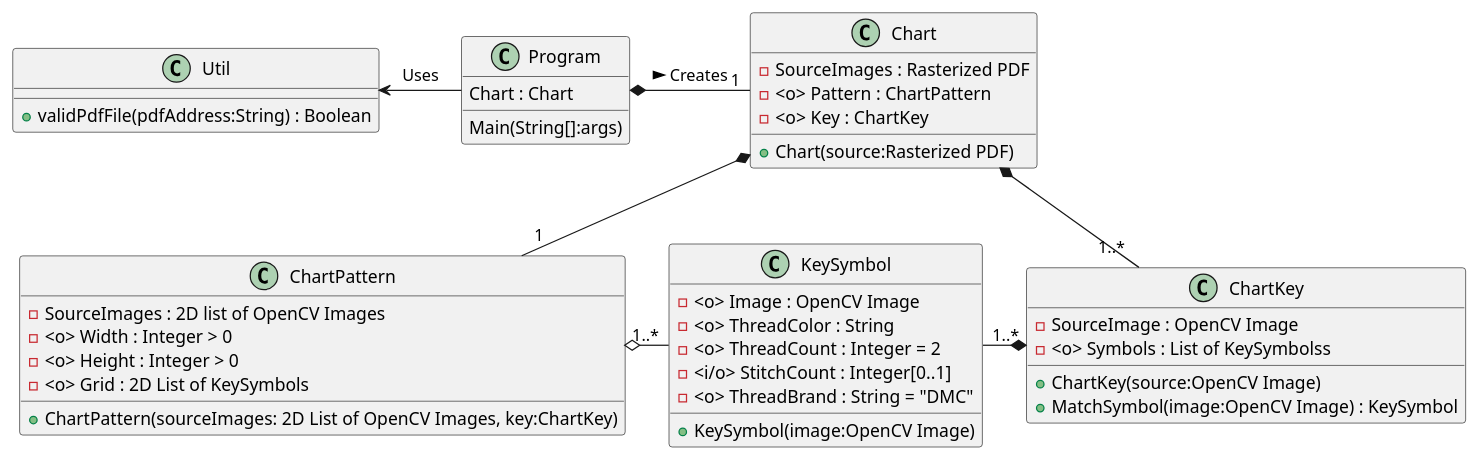
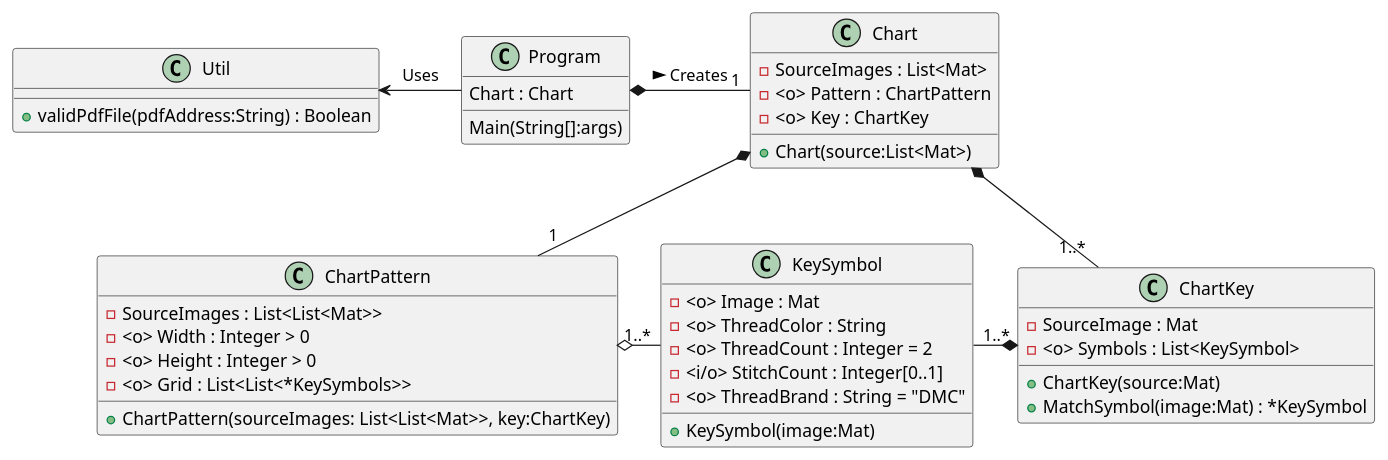
The diagram in PDF to OXS Converter/doc/classes.md (Badwolf369/PatternSeer), drawn with PlantUML before and after one commit.

Commit message:
Update class diagram to use proper types

```diff
--- a/PDF to OXS Converter/doc/classes.md
+++ b/PDF to OXS Converter/doc/classes.md
@@ -1,45 +1,45 @@
 @startuml
 class Program {
     Chart : Chart
     Main(String[]:args)
 }
 class Chart {
-    -SourceImages : Rasterized PDF
+    -SourceImages : List<Mat>
     -<o> Pattern : ChartPattern
     -<o> Key : ChartKey
-    +Chart(source:Rasterized PDF)
+    +Chart(source:List<Mat>)
 }
 class ChartPattern {
-    -SourceImages : 2D list of OpenCV Images
+    -SourceImages : List<List<Mat>>
     -<o> Width : Integer > 0
     -<o> Height : Integer > 0
-    -<o> Grid : 2D List of KeySymbols
-    +ChartPattern(sourceImages: 2D List of OpenCV Images, key:ChartKey)
+    -<o> Grid : List<List<*KeySymbols>>
+    +ChartPattern(sourceImages: List<List<Mat>>, key:ChartKey)
 }
 class ChartKey {
-    -SourceImage : OpenCV Image
-    -<o> Symbols : List of KeySymbolss
-    +ChartKey(source:OpenCV Image)
-    +MatchSymbol(image:OpenCV Image) : KeySymbol
+    -SourceImage : Mat
+    -<o> Symbols : List<KeySymbol>
+    +ChartKey(source:Mat)
+    +MatchSymbol(image:Mat) : *KeySymbol
 }
 class KeySymbol {
-    -<o> Image : OpenCV Image
+    -<o> Image : Mat
     -<o> ThreadColor : String
     -<o> ThreadCount : Integer = 2
     -<i/o> StitchCount : Integer[0..1]
     -<o> ThreadBrand : String = "DMC"
-    +KeySymbol(image:OpenCV Image)
+    +KeySymbol(image:Mat)
 }
 
 Chart "1" -l-* Program : < Creates
 ChartKey "1..*" -u-* Chart
 ChartPattern "1" -u-* Chart
 KeySymbol "1..*" -l-o ChartPattern
 KeySymbol "1..*" -r-* ChartKey
 
 class Util {
     +validPdfFile(pdfAddress:String) : Boolean
 }
 
 Program -l-> Util : Uses
 @enduml
```
